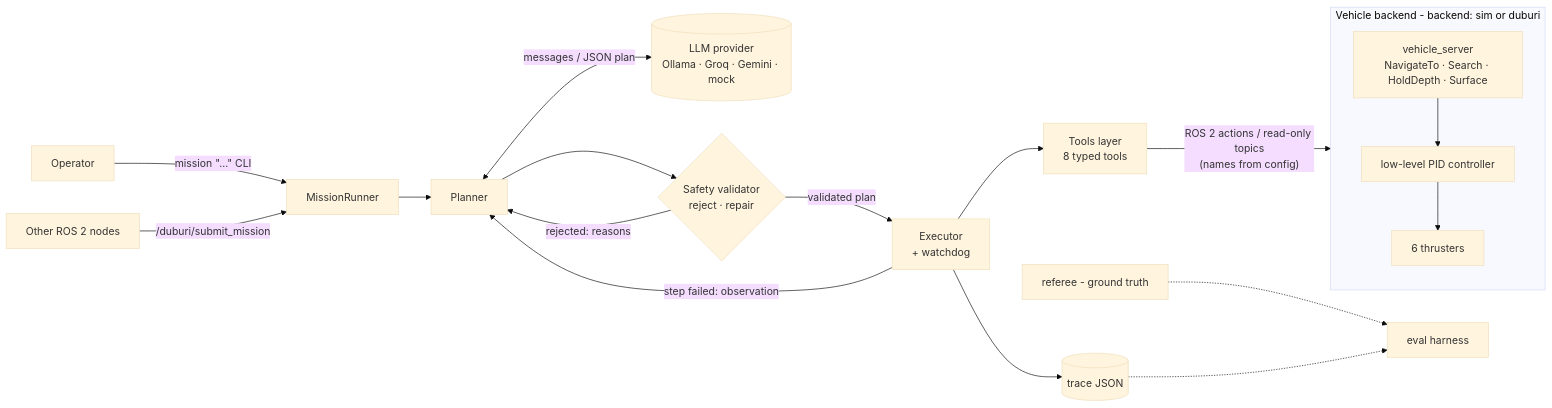
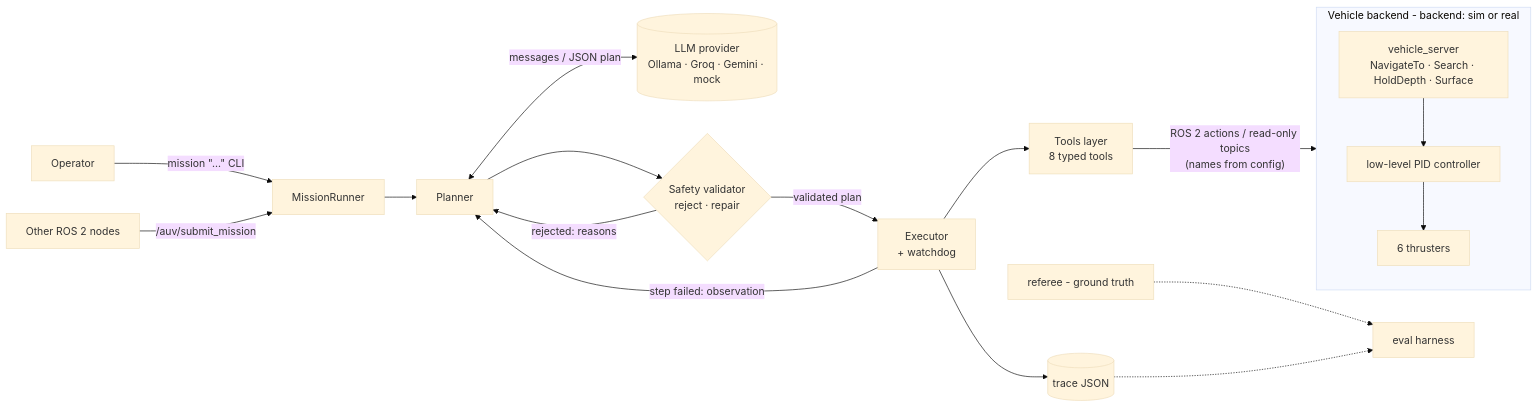
The first of 2 diagrams in README.md (MadLad10/AUV-LLM-Mission-Planner-Agentic-AI-for-Autonomous-Underwater-Vehicles), drawn with Mermaid (base theme) before and after one commit. The commit also changed other lines of this file and 133 other files, not shown here.

Commit message:
Rename project to AUV: auv_* packages, /auv/* topics, auv.yaml config, real-vehicle backend 'real'

````diff
--- a/README.md
+++ b/README.md
@@ -228,20 +228,20 @@
 ```mermaid
 flowchart LR
   U[Operator] -->|"mission &quot;...&quot;" CLI| MR[MissionRunner]
-  N[Other ROS 2 nodes] -->|/duburi/submit_mission| MR
+  N[Other ROS 2 nodes] -->|/auv/submit_mission| MR
   MR --> PL[Planner]
   PL <-->|messages / JSON plan| LLM[(LLM provider<br/>Ollama · Groq · Gemini · mock)]
   PL --> VAL{Safety validator<br/>reject · repair}
   VAL -->|rejected: reasons| PL
   VAL -->|validated plan| EX[Executor<br/>+ watchdog]
   EX -->|step failed: observation| PL
   EX --> TL[Tools layer<br/>8 typed tools]
   TL -->|"ROS 2 actions / read-only topics<br/>(names from config)"| VB
-  subgraph VB [Vehicle backend - backend: sim or duburi]
+  subgraph VB [Vehicle backend - backend: sim or real]
     VS[vehicle_server<br/>NavigateTo · Search · HoldDepth · Surface] --> LLC[low-level PID controller]
     LLC --> THR[6 thrusters]
   end
   EX --> TR[(trace JSON)]
   REF[referee - ground truth] -.-> EV[eval harness]
   TR -.-> EV
 ```
````
